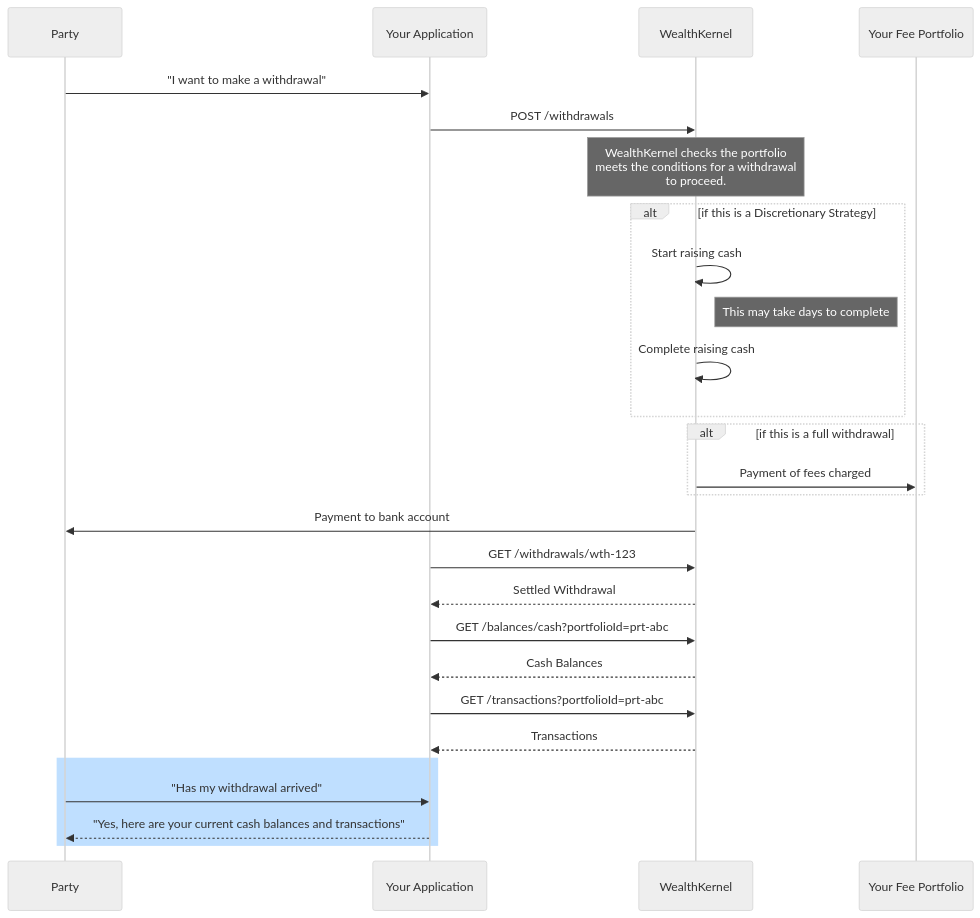
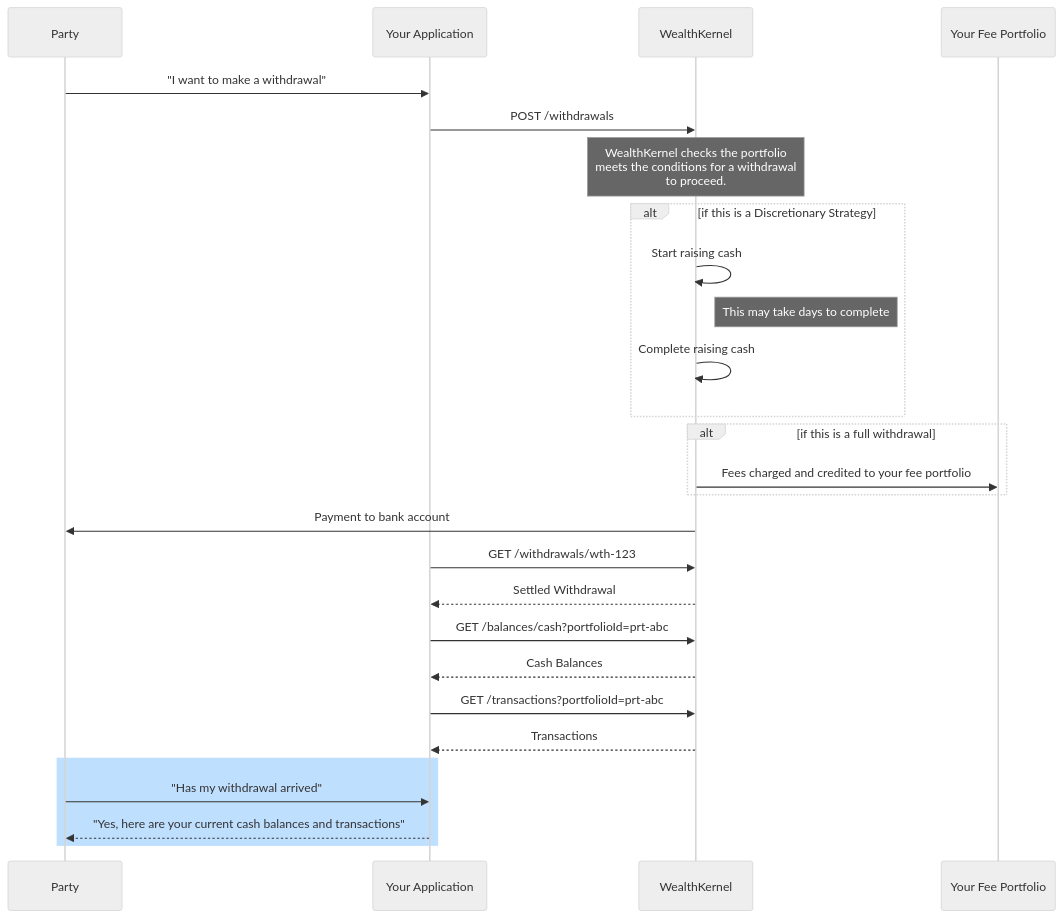
One commit to wealthkernel/api-documentation-guides changed the diagram in docs/withdrawals/Basics.md. Above: the diagram before and after it, drawn with Mermaid (neutral theme).

````diff
--- a/docs/withdrawals/Basics.md
+++ b/docs/withdrawals/Basics.md
@@ -19,34 +19,34 @@
 ```mermaid
 sequenceDiagram
 
 Party ->> Your Application: "I want to make a withdrawal"
 
 Your Application ->> WealthKernel: POST /withdrawals
 Note over WealthKernel: WealthKernel checks the portfolio <br> meets the conditions for a withdrawal<br>to proceed.
 
 alt if this is a Discretionary Strategy
 WealthKernel ->> WealthKernel: Start raising cash
 Note right of WealthKernel: This may take days to complete
 WealthKernel ->> WealthKernel: Complete raising cash
 end
 
 alt if this is a full withdrawal
-WealthKernel ->> Your Fee Portfolio: Payment of fees charged
+WealthKernel ->> Your Fee Portfolio: Fees charged and credited to your fee portfolio
 end
 
 WealthKernel ->> Party: Payment to bank account
 
 Your Application ->> WealthKernel: GET /withdrawals/wth-123
 WealthKernel -->> Your Application: Settled Withdrawal
 
 Your Application ->> WealthKernel: GET /balances/cash?portfolioId=prt-abc
 WealthKernel -->> Your Application: Cash Balances
 
 Your Application ->> WealthKernel: GET /transactions?portfolioId=prt-abc
 WealthKernel -->> Your Application: Transactions
 
 rect rgb(191, 223, 255)
 Party ->> Your Application: "Has my withdrawal arrived"
 Your Application -->> Party: "Yes, here are your current cash balances and transactions"
 end
 ```
````
